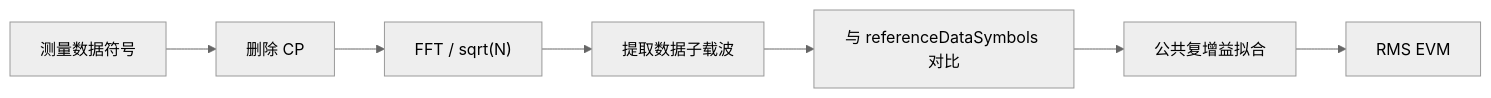
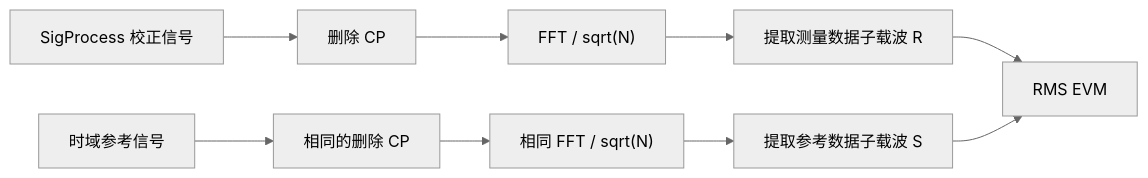
One commit to niyilu45/DPD_ILC changed the third of 8 diagrams in doc/Analysis.md. Above: the diagram before and after it, drawn with Mermaid (neutral theme). The commit also changed other lines of this file and 18 other files, not shown here.

````diff
--- a/doc/Analysis.md
+++ b/doc/Analysis.md
@@ -233,9 +234,11 @@
 ```mermaid
 flowchart LR
-    A["测量数据符号"] --> B["删除 CP"]
+    A["SigProcess 校正信号"] --> B["删除 CP"]
+    reference["时域参考信号"] --> B2["相同的删除 CP"]
     B --> C["FFT / sqrt(N)"]
-    C --> D["提取数据子载波"]
-    D --> E["与 referenceDataSymbols 对比"]
-    E --> F["公共复增益拟合"]
-    F --> G["RMS EVM"]
+    B2 --> C2["相同 FFT / sqrt(N)"]
+    C --> D["提取测量数据子载波 R"]
+    C2 --> D2["提取参考数据子载波 S"]
+    D --> G["RMS EVM"]
+    D2 --> G
 ```
````
